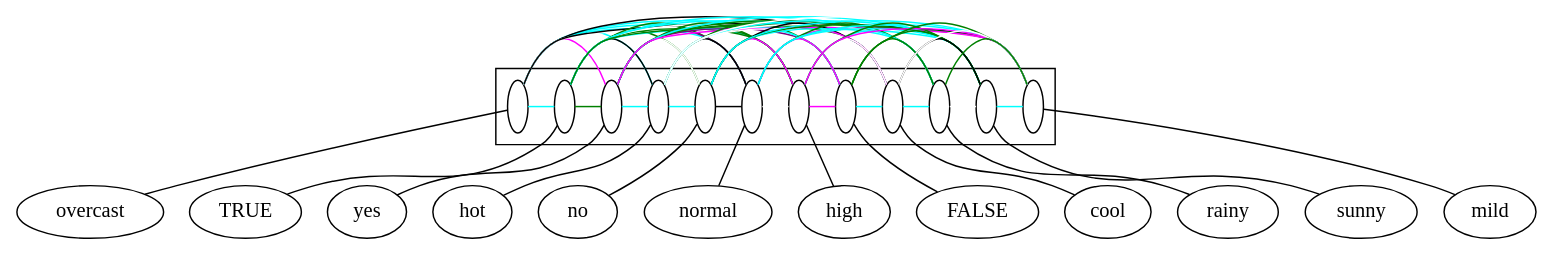
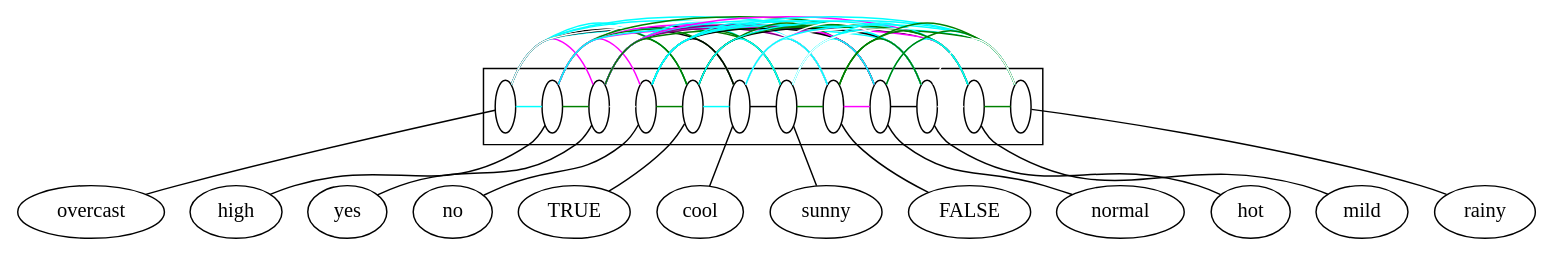
The diagram in src/SQL/Estructura.dot (lrodrin/TFG), drawn with Graphviz before and after one commit. The commit also changed 8 other files, not shown here.

```diff
--- a/src/SQL/Estructura.dot
+++ b/src/SQL/Estructura.dot
@@ -1,112 +1,112 @@
 digraph G {
 compound=True;
 overcast;
+high;
+yes;
+no;
 TRUE;
-yes;
+cool;
+sunny;
+FALSE;
+normal;
 hot;
-no;
-normal;
-high;
-FALSE;
-cool;
+mild;
 rainy;
-sunny;
-mild;
-subgraph cluster_rainymildovercastyesFALSEnormalhotsunnyhighnoTRUEcool {
-s_overcast [fillcolor=white, label=" ", width=0.2, fixedsize=True];
-s_TRUE [fillcolor=white, label=" ", width=0.2, fixedsize=True];
-s_yes [fillcolor=white, label=" ", width=0.2, fixedsize=True];
-s_hot [fillcolor=white, label=" ", width=0.2, fixedsize=True];
-s_no [fillcolor=white, label=" ", width=0.2, fixedsize=True];
-s_normal [fillcolor=white, label=" ", width=0.2, fixedsize=True];
-s_high [fillcolor=white, label=" ", width=0.2, fixedsize=True];
-s_FALSE [fillcolor=white, label=" ", width=0.2, fixedsize=True];
-s_cool [fillcolor=white, label=" ", width=0.2, fixedsize=True];
-s_rainy [fillcolor=white, label=" ", width=0.2, fixedsize=True];
-s_sunny [fillcolor=white, label=" ", width=0.2, fixedsize=True];
-s_mild [fillcolor=white, label=" ", width=0.2, fixedsize=True];
+subgraph cluster_normalyesFALSEhotnosunnyovercastTRUEmildcoolhighrainy {
+s_overcast [width=0.2, fillcolor=white, fixedsize=True, label=" "];
+s_high [width=0.2, fillcolor=white, fixedsize=True, label=" "];
+s_yes [width=0.2, fillcolor=white, fixedsize=True, label=" "];
+s_no [width=0.2, fillcolor=white, fixedsize=True, label=" "];
+s_TRUE [width=0.2, fillcolor=white, fixedsize=True, label=" "];
+s_cool [width=0.2, fillcolor=white, fixedsize=True, label=" "];
+s_sunny [width=0.2, fillcolor=white, fixedsize=True, label=" "];
+s_FALSE [width=0.2, fillcolor=white, fixedsize=True, label=" "];
+s_normal [width=0.2, fillcolor=white, fixedsize=True, label=" "];
+s_hot [width=0.2, fillcolor=white, fixedsize=True, label=" "];
+s_mild [width=0.2, fillcolor=white, fixedsize=True, label=" "];
+s_rainy [width=0.2, fillcolor=white, fixedsize=True, label=" "];
 subgraph  {
 rank=same;
+s_overcast -> s_high  [color=cyan, arrowhead=none];
+s_overcast -> s_yes  [color=magenta, arrowhead=none];
+s_overcast -> s_no  [color=white, arrowhead=none];
 s_overcast -> s_TRUE  [color=cyan, arrowhead=none];
-s_overcast -> s_yes  [color=magenta, arrowhead=none];
+s_overcast -> s_cool  [color=black, arrowhead=none];
+s_overcast -> s_sunny  [color=white, arrowhead=none];
+s_overcast -> s_FALSE  [color=cyan, arrowhead=none];
+s_overcast -> s_normal  [color=cyan, arrowhead=none];
 s_overcast -> s_hot  [color=cyan, arrowhead=none];
-s_overcast -> s_no  [color=white, arrowhead=none];
-s_overcast -> s_normal  [color=cyan, arrowhead=none];
-s_overcast -> s_high  [color=cyan, arrowhead=none];
-s_overcast -> s_FALSE  [color=cyan, arrowhead=none];
-s_overcast -> s_cool  [color=black, arrowhead=none];
+s_overcast -> s_mild  [color=black, arrowhead=none];
 s_overcast -> s_rainy  [color=white, arrowhead=none];
-s_overcast -> s_sunny  [color=white, arrowhead=none];
-s_overcast -> s_mild  [color=black, arrowhead=none];
-s_TRUE -> s_yes  [color=green, arrowhead=none];
+s_high -> s_yes  [color=green, arrowhead=none];
+s_high -> s_no  [color=magenta, arrowhead=none];
+s_high -> s_TRUE  [color=green, arrowhead=none];
+s_high -> s_cool  [color=white, arrowhead=none];
+s_high -> s_sunny  [color=green, arrowhead=none];
+s_high -> s_FALSE  [color=magenta, arrowhead=none];
+s_high -> s_normal  [color=white, arrowhead=none];
+s_high -> s_hot  [color=green, arrowhead=none];
+s_high -> s_mild  [color=magenta, arrowhead=none];
+s_high -> s_rainy  [color=cyan, arrowhead=none];
+s_yes -> s_no  [color=white, arrowhead=none];
+s_yes -> s_TRUE  [color=green, arrowhead=none];
+s_yes -> s_cool  [color=green, arrowhead=none];
+s_yes -> s_sunny  [color=cyan, arrowhead=none];
+s_yes -> s_FALSE  [color=purple, arrowhead=none];
+s_yes -> s_normal  [color=purple, arrowhead=none];
+s_yes -> s_hot  [color=cyan, arrowhead=none];
+s_yes -> s_mild  [color=magenta, arrowhead=none];
+s_yes -> s_rainy  [color=green, arrowhead=none];
+s_no -> s_TRUE  [color=green, arrowhead=none];
+s_no -> s_cool  [color=black, arrowhead=none];
+s_no -> s_sunny  [color=green, arrowhead=none];
+s_no -> s_FALSE  [color=cyan, arrowhead=none];
+s_no -> s_normal  [color=black, arrowhead=none];
+s_no -> s_hot  [color=cyan, arrowhead=none];
+s_no -> s_mild  [color=cyan, arrowhead=none];
+s_no -> s_rainy  [color=cyan, arrowhead=none];
+s_TRUE -> s_cool  [color=cyan, arrowhead=none];
+s_TRUE -> s_sunny  [color=cyan, arrowhead=none];
+s_TRUE -> s_FALSE  [color=white, arrowhead=none];
+s_TRUE -> s_normal  [color=green, arrowhead=none];
 s_TRUE -> s_hot  [color=black, arrowhead=none];
-s_TRUE -> s_no  [color=green, arrowhead=none];
-s_TRUE -> s_normal  [color=green, arrowhead=none];
-s_TRUE -> s_high  [color=green, arrowhead=none];
-s_TRUE -> s_FALSE  [color=white, arrowhead=none];
-s_TRUE -> s_cool  [color=cyan, arrowhead=none];
+s_TRUE -> s_mild  [color=green, arrowhead=none];
 s_TRUE -> s_rainy  [color=cyan, arrowhead=none];
-s_TRUE -> s_sunny  [color=cyan, arrowhead=none];
-s_TRUE -> s_mild  [color=green, arrowhead=none];
-s_yes -> s_hot  [color=cyan, arrowhead=none];
-s_yes -> s_no  [color=white, arrowhead=none];
-s_yes -> s_normal  [color=purple, arrowhead=none];
-s_yes -> s_high  [color=green, arrowhead=none];
-s_yes -> s_FALSE  [color=purple, arrowhead=none];
-s_yes -> s_cool  [color=green, arrowhead=none];
-s_yes -> s_rainy  [color=green, arrowhead=none];
-s_yes -> s_sunny  [color=cyan, arrowhead=none];
-s_yes -> s_mild  [color=magenta, arrowhead=none];
-s_hot -> s_no  [color=cyan, arrowhead=none];
-s_hot -> s_normal  [color=black, arrowhead=none];
-s_hot -> s_high  [color=green, arrowhead=none];
-s_hot -> s_FALSE  [color=green, arrowhead=none];
-s_hot -> s_cool  [color=white, arrowhead=none];
+s_cool -> s_sunny  [color=black, arrowhead=none];
+s_cool -> s_FALSE  [color=cyan, arrowhead=none];
+s_cool -> s_normal  [color=magenta, arrowhead=none];
+s_cool -> s_hot  [color=white, arrowhead=none];
+s_cool -> s_mild  [color=white, arrowhead=none];
+s_cool -> s_rainy  [color=cyan, arrowhead=none];
+s_sunny -> s_FALSE  [color=green, arrowhead=none];
+s_sunny -> s_normal  [color=cyan, arrowhead=none];
+s_sunny -> s_hot  [color=cyan, arrowhead=none];
+s_sunny -> s_mild  [color=cyan, arrowhead=none];
+s_sunny -> s_rainy  [color=white, arrowhead=none];
+s_FALSE -> s_normal  [color=magenta, arrowhead=none];
+s_FALSE -> s_hot  [color=green, arrowhead=none];
+s_FALSE -> s_mild  [color=green, arrowhead=none];
+s_FALSE -> s_rainy  [color=green, arrowhead=none];
+s_normal -> s_hot  [color=black, arrowhead=none];
+s_normal -> s_mild  [color=cyan, arrowhead=none];
+s_normal -> s_rainy  [color=green, arrowhead=none];
+s_hot -> s_mild  [color=white, arrowhead=none];
 s_hot -> s_rainy  [color=white, arrowhead=none];
-s_hot -> s_sunny  [color=cyan, arrowhead=none];
-s_hot -> s_mild  [color=white, arrowhead=none];
-s_no -> s_normal  [color=black, arrowhead=none];
-s_no -> s_high  [color=magenta, arrowhead=none];
-s_no -> s_FALSE  [color=cyan, arrowhead=none];
-s_no -> s_cool  [color=black, arrowhead=none];
-s_no -> s_rainy  [color=cyan, arrowhead=none];
-s_no -> s_sunny  [color=green, arrowhead=none];
-s_no -> s_mild  [color=cyan, arrowhead=none];
-s_normal -> s_high  [color=white, arrowhead=none];
-s_normal -> s_FALSE  [color=magenta, arrowhead=none];
-s_normal -> s_cool  [color=magenta, arrowhead=none];
-s_normal -> s_rainy  [color=green, arrowhead=none];
-s_normal -> s_sunny  [color=cyan, arrowhead=none];
-s_normal -> s_mild  [color=cyan, arrowhead=none];
-s_high -> s_FALSE  [color=magenta, arrowhead=none];
-s_high -> s_cool  [color=white, arrowhead=none];
-s_high -> s_rainy  [color=cyan, arrowhead=none];
-s_high -> s_sunny  [color=green, arrowhead=none];
-s_high -> s_mild  [color=magenta, arrowhead=none];
-s_FALSE -> s_cool  [color=cyan, arrowhead=none];
-s_FALSE -> s_rainy  [color=green, arrowhead=none];
-s_FALSE -> s_sunny  [color=green, arrowhead=none];
-s_FALSE -> s_mild  [color=green, arrowhead=none];
-s_cool -> s_rainy  [color=cyan, arrowhead=none];
-s_cool -> s_sunny  [color=black, arrowhead=none];
-s_cool -> s_mild  [color=white, arrowhead=none];
-s_rainy -> s_sunny  [color=white, arrowhead=none];
-s_rainy -> s_mild  [color=green, arrowhead=none];
-s_sunny -> s_mild  [color=cyan, arrowhead=none];
+s_mild -> s_rainy  [color=green, arrowhead=none];
 }
 
 }
 
 s_overcast -> overcast  [arrowhead=none];
+s_high -> high  [arrowhead=none];
+s_yes -> yes  [arrowhead=none];
+s_no -> no  [arrowhead=none];
 s_TRUE -> TRUE  [arrowhead=none];
-s_yes -> yes  [arrowhead=none];
+s_cool -> cool  [arrowhead=none];
+s_sunny -> sunny  [arrowhead=none];
+s_FALSE -> FALSE  [arrowhead=none];
+s_normal -> normal  [arrowhead=none];
 s_hot -> hot  [arrowhead=none];
-s_no -> no  [arrowhead=none];
-s_normal -> normal  [arrowhead=none];
-s_high -> high  [arrowhead=none];
-s_FALSE -> FALSE  [arrowhead=none];
-s_cool -> cool  [arrowhead=none];
+s_mild -> mild  [arrowhead=none];
 s_rainy -> rainy  [arrowhead=none];
-s_sunny -> sunny  [arrowhead=none];
-s_mild -> mild  [arrowhead=none];
 }
```
